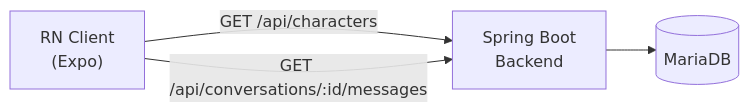
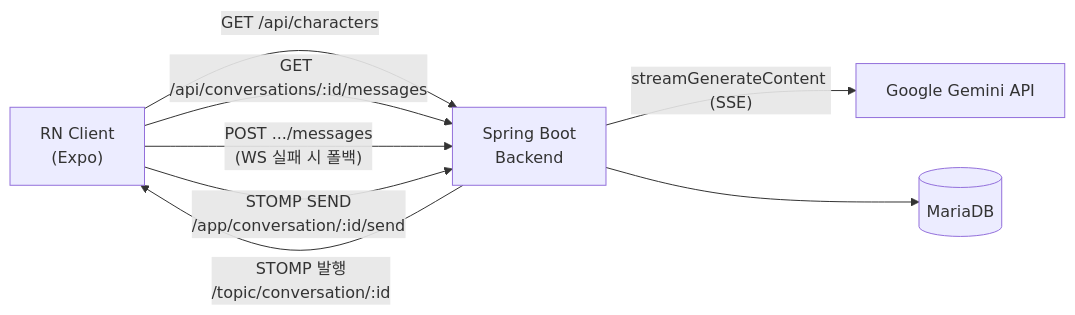
One commit to UiHyungZo/storia-story-chat changed the first of 2 diagrams in docs/architecture/README.md. Above: the diagram before and after it, drawn with Mermaid. The commit also changed other lines of this file and 24 other files, not shown here.

First line of the commit message:
feat: add Gemini streaming over WebSocket(STOMP) with REST fallback

````diff
--- a/docs/architecture/README.md
+++ b/docs/architecture/README.md
@@ -7,6 +7,10 @@
 ```mermaid
 flowchart LR
     Client["RN Client\n(Expo)"] -->|"GET /api/characters"| Backend["Spring Boot\nBackend"]
     Client -->|"GET /api/conversations/:id/messages"| Backend
+    Client -->|"POST .../messages\n(WS 실패 시 폴백)"| Backend
+    Client -->|"STOMP SEND\n/app/conversation/:id/send"| Backend
+    Backend -->|"STOMP 발행\n/topic/conversation/:id"| Client
+    Backend -->|"streamGenerateContent (SSE)"| Gemini["Google Gemini API"]
     Backend --> DB[("MariaDB")]
 ```
````
